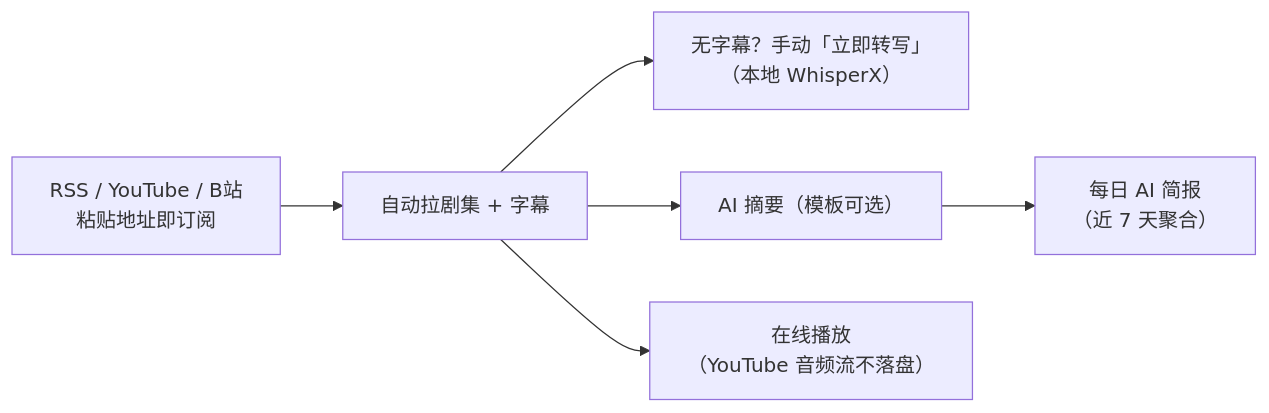
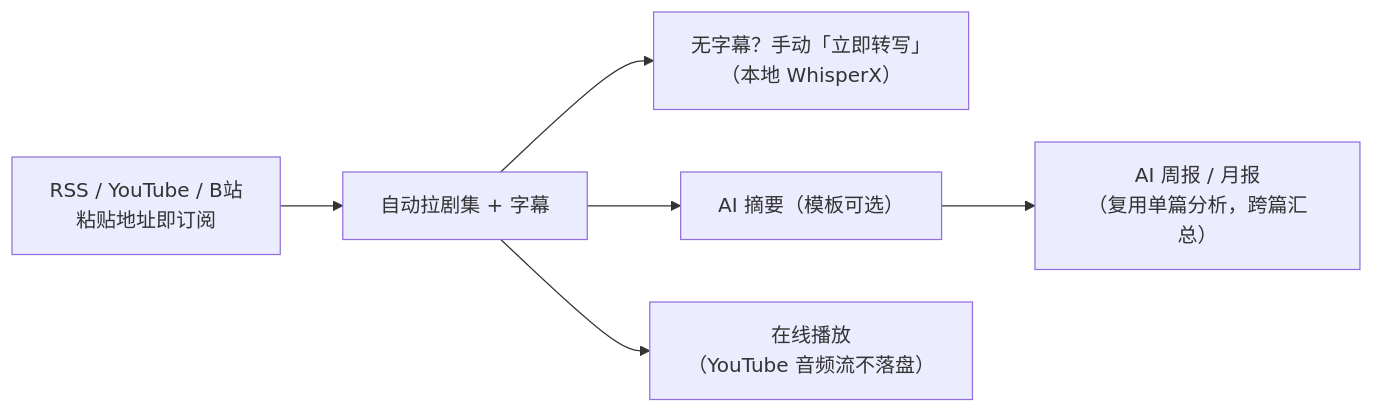
Before and after one commit to Zhong-Ze-Wei/podcast: the diagram in README_CN.md, drawn with Mermaid. The commit also changed other lines of this file and 13 other files, not shown here.

````diff
--- a/README_CN.md
+++ b/README_CN.md
@@ -9,8 +19,8 @@
 ```mermaid
 flowchart LR
     A["RSS / YouTube / B站<br/>粘贴地址即订阅"] --> B["自动拉剧集 + 字幕"]
     B --> C["无字幕？手动「立即转写」<br/>（本地 WhisperX）"]
     B --> D["AI 摘要（模板可选）"]
-    D --> E["每日 AI 简报<br/>（近 7 天聚合）"]
+    D --> E["AI 周报 / 月报<br/>（复用单篇分析，跨篇汇总）"]
     B --> F["在线播放<br/>（YouTube 音频流不落盘）"]
 ```
````
